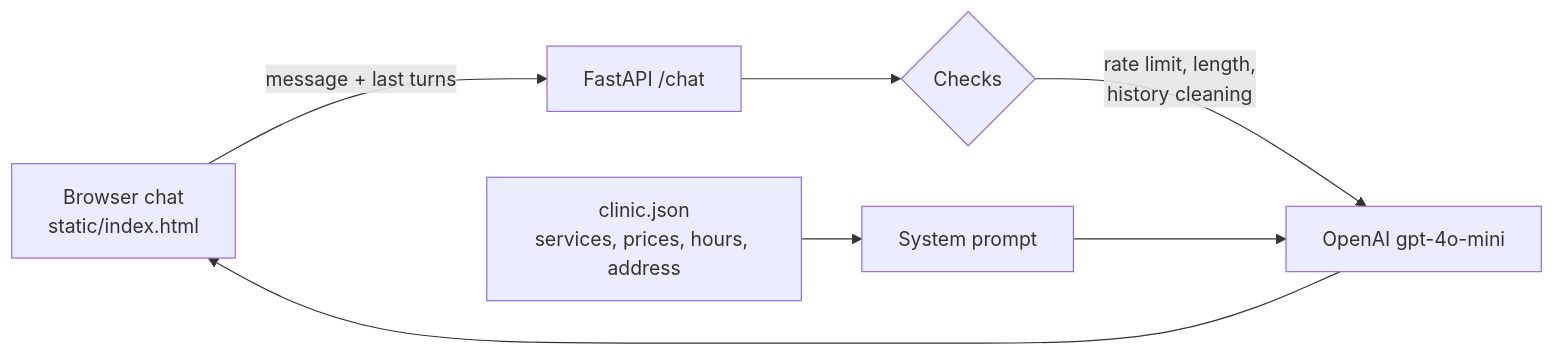
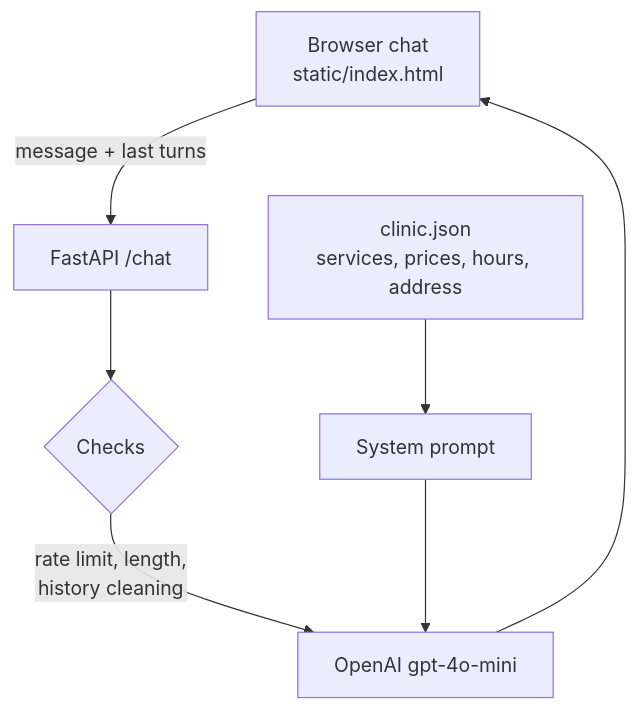
The diagram in README.md (Taykuth/ClinicChatBotAi), drawn with Mermaid before and after one commit.

Commit message:
Draw the request-flow diagram top-down for narrow screens

````diff
--- a/README.md
+++ b/README.md
@@ -9,9 +9,9 @@
 ```mermaid
-flowchart LR
+flowchart TD
     A[Browser chat<br/>static/index.html] -- message + last turns --> B[FastAPI /chat]
     C[clinic.json<br/>services, prices, hours, address] --> D[System prompt]
     B --> E{Checks}
     E -- rate limit, length,<br/>history cleaning --> F[OpenAI gpt-4o-mini]
     D --> F
     F --> A
 ```
````
